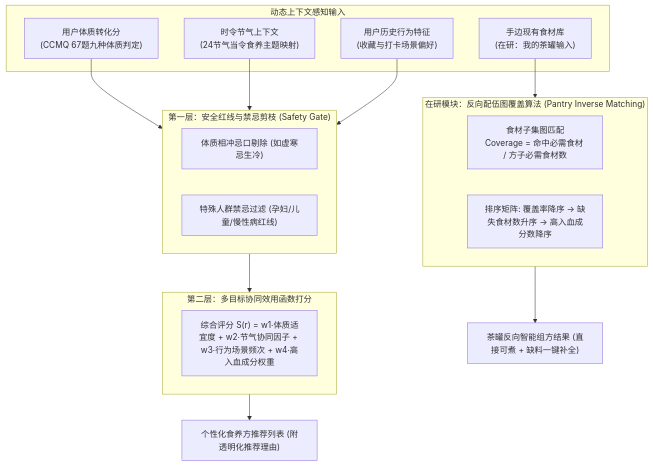
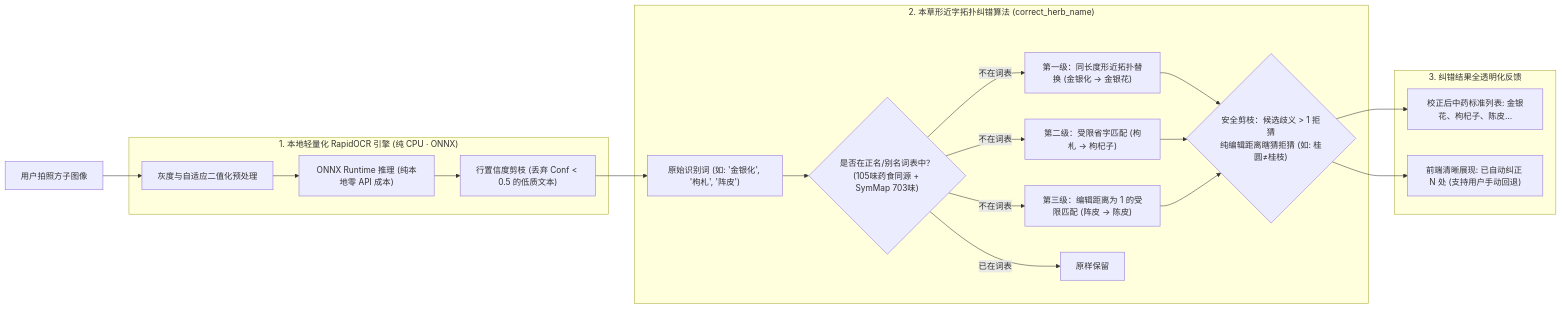
Before and after one commit to jxylisty/shiyang: the fourth of 4 diagrams in docs/答辩材料_挑战杯算法PPT完整设计方案.md, drawn with Mermaid. The commit also changed other lines of this file and 3 other files, not shown here.

````diff
--- a/docs/答辩材料_挑战杯算法PPT完整设计方案.md
+++ b/docs/答辩材料_挑战杯算法PPT完整设计方案.md
@@ -150,28 +162,32 @@
 ```mermaid
-flowchart TD
-    subgraph Inputs ["动态上下文感知输入"]
-        U_C["用户体质转化分<br/>(CCMQ 67题九种体质判定)"]
-        U_S["时令节气上下文<br/>(24节气当令食养主题映射)"]
-        U_B["用户历史行为特征<br/>(收藏与打卡场景偏好)"]
-        U_I["手边现有食材库<br/>(在研：我的茶罐输入)"]
+flowchart LR
+    IMG["用户拍照方子图像"] --> OCR_STEP
+
+    subgraph LocalOCR ["1. 本地轻量化 RapidOCR 引擎 (纯 CPU · ONNX)"]
+        OCR_STEP["灰度与自适应二值化预处理"]
+        ONNX["ONNX Runtime 推理 (纯本地零 API 成本)"]
+        FILTER["行置信度剪枝 (丢弃 Conf < 0.5 的低质文本)"]
+        OCR_STEP --> ONNX --> FILTER
     end
 
-    subgraph FilterEngine ["第一层：安全红线与禁忌剪枝 (Safety Gate)"]
-        RULE1["体质相冲忌口剔除 (如虚寒忌生冷)"]
-        RULE2["特殊人群禁忌过滤 (孕妇/儿童/慢性病红线)"]
+    subgraph CorrectEngine ["2. 本草形近字拓扑纠错算法 (correct_herb_name)"]
+        RAW["原始识别词 (如: '金银化', '枸札', '阵皮')"]
+        DICT{"是否在正名/别名词表中？<br/>(105味药食同源 + SymMap 703味)"}
+        MATCH1["第一级：同长度形近拓扑替换 (金银化 → 金银花)"]
+        MATCH2["第二级：受限省字匹配 (枸札 → 枸杞子)"]
+        MATCH3["第三级：编辑距离为 1 的受限匹配 (阵皮 → 陈皮)"]
+        SAFETY{"安全剪枝：候选歧义 > 1 拒猜<br/>纯编辑距离瞎猜拒猜 (如: 桂圆≠桂枝)"}
+        
+        RAW --> DICT
+        DICT -->|"不在词表"| MATCH1 & MATCH2 & MATCH3 --> SAFETY
+        DICT -->|"已在词表"| ACCEPT["原样保留"]
     end
 
-    subgraph ScoringEngine ["第二层：多目标协同效用函数打分"]
-        SCORE["综合评分 S(r) = w1·体质适宜度 + w2·节气协同因子 + w3·行为场景频次 + w4·高入血成分权重"]
+    subgraph Output ["3. 纠错结果全透明化反馈"]
+        CORRECTED["校正后中药标准列表: 金银花、枸杞子、陈皮..."]
+        TRACE["前端清晰展现: 已自动纠正 N 处 (支持用户手动回退)"]
+        SAFETY --> CORRECTED & TRACE
     end
 
-    subgraph PantryEngine ["在研模块：反向配伍图覆盖算法 (Pantry Inverse Matching)"]
-        MATCH["食材子集图匹配<br/>Coverage = 命中必需食材 / 方子必需食材数"]
-        RANK["排序矩阵: 覆盖率降序 → 缺失食材数升序 → 高入血成分数降序"]
-    end
-
-    U_C & U_S & U_B --> FilterEngine
-    FilterEngine --> ScoringEngine --> REC_LIST["个性化食养方推荐列表 (附透明化推荐理由)"]
-    
-    U_I --> PantryEngine --> TEA_LIST["茶罐反向智能组方结果 (直接可煮 + 缺料一键补全)"]
+    FILTER --> RAW
 ```
````
